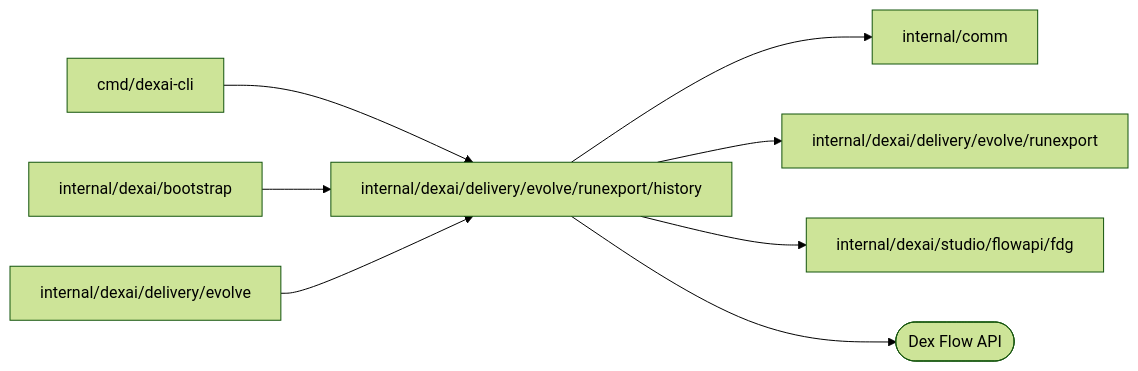
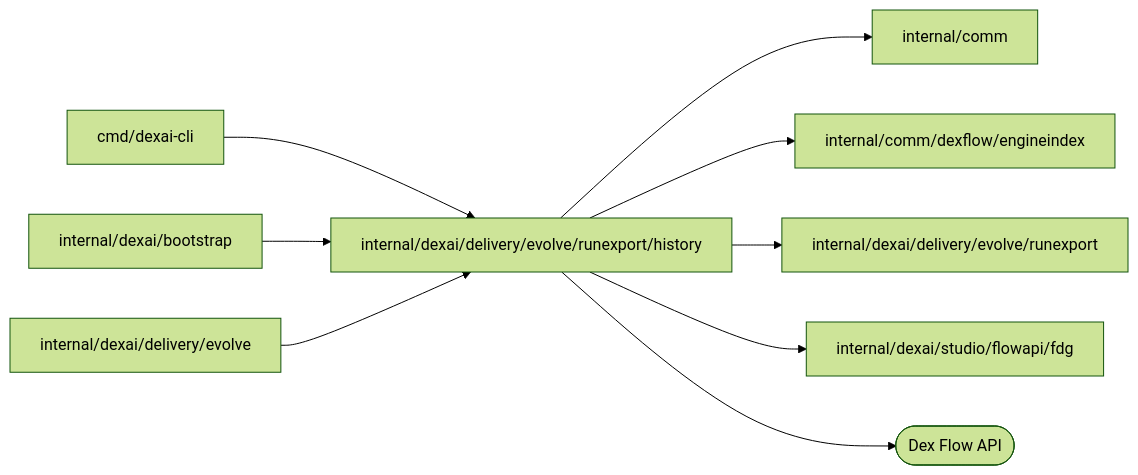
Before and after one commit to superdurable/superverse: the diagram in internal/dexai/delivery/evolve/runexport/history/README.md, drawn with Mermaid (forest theme). The commit also changed other lines of this file and 40 other files, not shown here.

````diff
--- a/internal/dexai/delivery/evolve/runexport/history/README.md
+++ b/internal/dexai/delivery/evolve/runexport/history/README.md
@@ -10,11 +10,12 @@
 ```mermaid
 flowchart LR
   self["internal/dexai/delivery/evolve/runexport/history"]
   c0["cmd/dexai-cli"] --> self
   c1["internal/dexai/bootstrap"] --> self
   c2["internal/dexai/delivery/evolve"] --> self
   self --> d0["internal/comm"]
-  self --> d1["internal/dexai/delivery/evolve/runexport"]
-  self --> d2["internal/dexai/studio/flowapi/fdg"]
+  self --> d1["internal/comm/dexflow/engineindex"]
+  self --> d2["internal/dexai/delivery/evolve/runexport"]
+  self --> d3["internal/dexai/studio/flowapi/fdg"]
   self --> e0(["Dex Flow API"])
 ```
````
